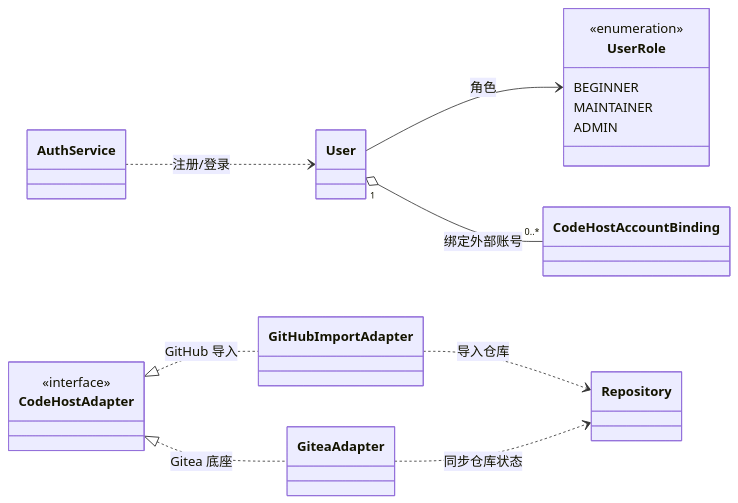
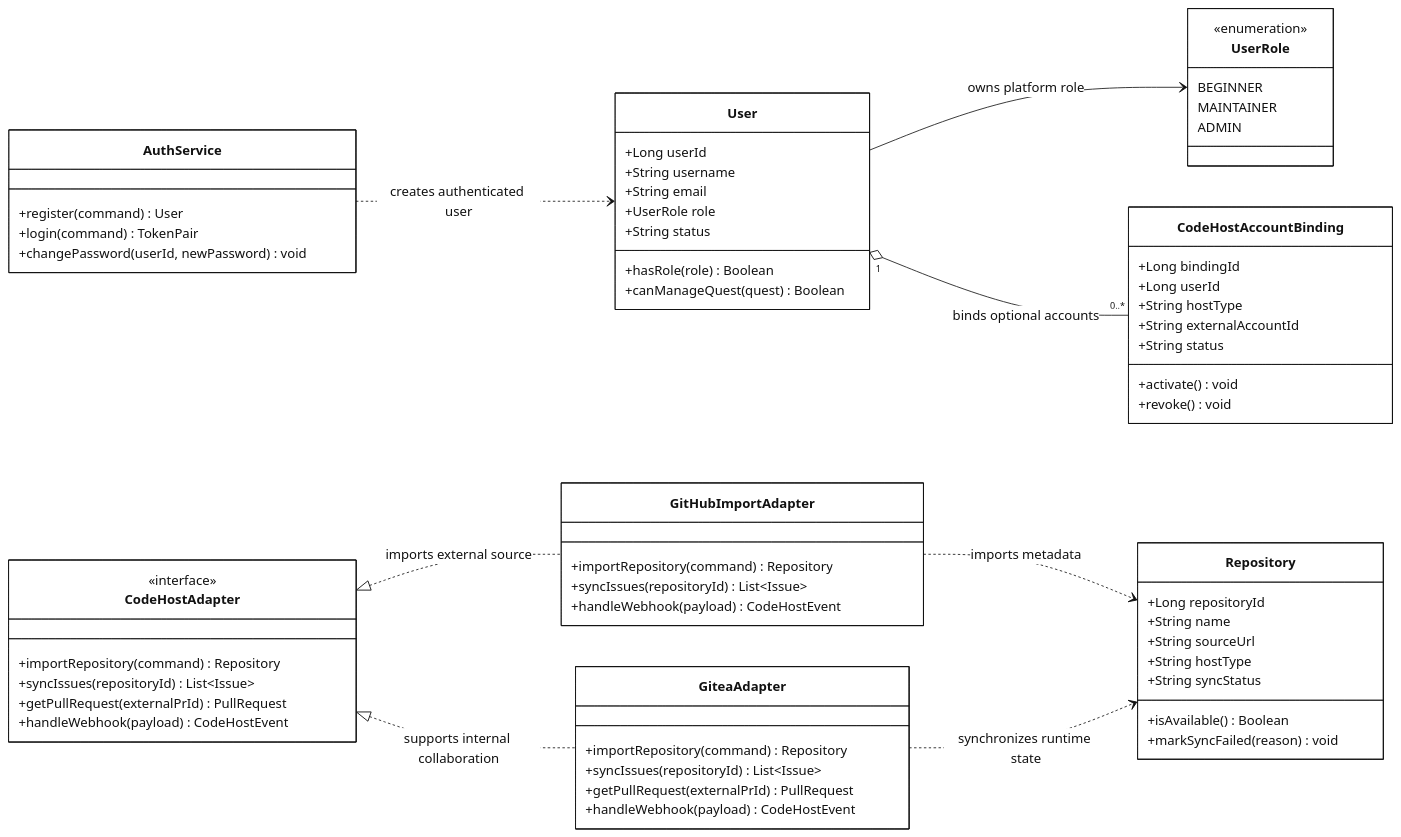
The first of 4 diagrams in docs/P3/核心类图.md (ZhenchangMin/Git-Guild), drawn with Mermaid before and after one commit. The commit also changed other lines of this file, not shown here.

Commit message:
修改核心类图

````diff
--- a/docs/P3/核心类图.md
+++ b/docs/P3/核心类图.md
@@ -18,29 +18,77 @@
 ```mermaid
+%%{init: {"theme": "base", "themeVariables": {"primaryColor": "#ffffff", "primaryTextColor": "#111111", "primaryBorderColor": "#111111", "lineColor": "#111111", "secondaryColor": "#f7f7f7", "tertiaryColor": "#ffffff"}}}%%
 classDiagram
     direction LR
 
-    class User
+    class User {
+        +Long userId
+        +String username
+        +String email
+        +UserRole role
+        +String status
+        +hasRole(role) Boolean
+        +canManageQuest(quest) Boolean
+    }
+
     class UserRole {
         <<enumeration>>
         BEGINNER
         MAINTAINER
         ADMIN
     }
-    class AuthService
-    class CodeHostAccountBinding
+
+    class AuthService {
+        +register(command) User
+        +login(command) TokenPair
+        +changePassword(userId, newPassword) void
+    }
+
+    class CodeHostAccountBinding {
+        +Long bindingId
+        +Long userId
+        +String hostType
+        +String externalAccountId
+        +String status
+        +activate() void
+        +revoke() void
+    }
+
     class CodeHostAdapter {
         <<interface>>
+        +importRepository(command) Repository
+        +syncIssues(repositoryId) List~Issue~
+        +getPullRequest(externalPrId) PullRequest
+        +handleWebhook(payload) CodeHostEvent
     }
-    class GitHubImportAdapter
-    class GiteaAdapter
-    class Repository
 
-    User --> UserRole : 角色
-    User "1" o-- "0..*" CodeHostAccountBinding : 绑定外部账号
-    AuthService ..> User : 注册/登录
+    class GitHubImportAdapter {
+        +importRepository(command) Repository
+        +syncIssues(repositoryId) List~Issue~
+        +handleWebhook(payload) CodeHostEvent
+    }
 
-    CodeHostAdapter <|.. GitHubImportAdapter : GitHub 导入
-    CodeHostAdapter <|.. GiteaAdapter : Gitea 底座
-    GitHubImportAdapter ..> Repository : 导入仓库
-    GiteaAdapter ..> Repository : 同步仓库状态
+    class GiteaAdapter {
+        +importRepository(command) Repository
+        +syncIssues(repositoryId) List~Issue~
+        +getPullRequest(externalPrId) PullRequest
+        +handleWebhook(payload) CodeHostEvent
+    }
+
+    class Repository {
+        +Long repositoryId
+        +String name
+        +String sourceUrl
+        +String hostType
+        +String syncStatus
+        +isAvailable() Boolean
+        +markSyncFailed(reason) void
+    }
+
+    User --> UserRole : owns platform role
+    User "1" o-- "0..*" CodeHostAccountBinding : binds optional accounts
+    AuthService ..> User : creates authenticated user
+    CodeHostAdapter <|.. GitHubImportAdapter : imports external source
+    CodeHostAdapter <|.. GiteaAdapter : supports internal collaboration
+    GitHubImportAdapter ..> Repository : imports metadata
+    GiteaAdapter ..> Repository : synchronizes runtime state
 ```
````
